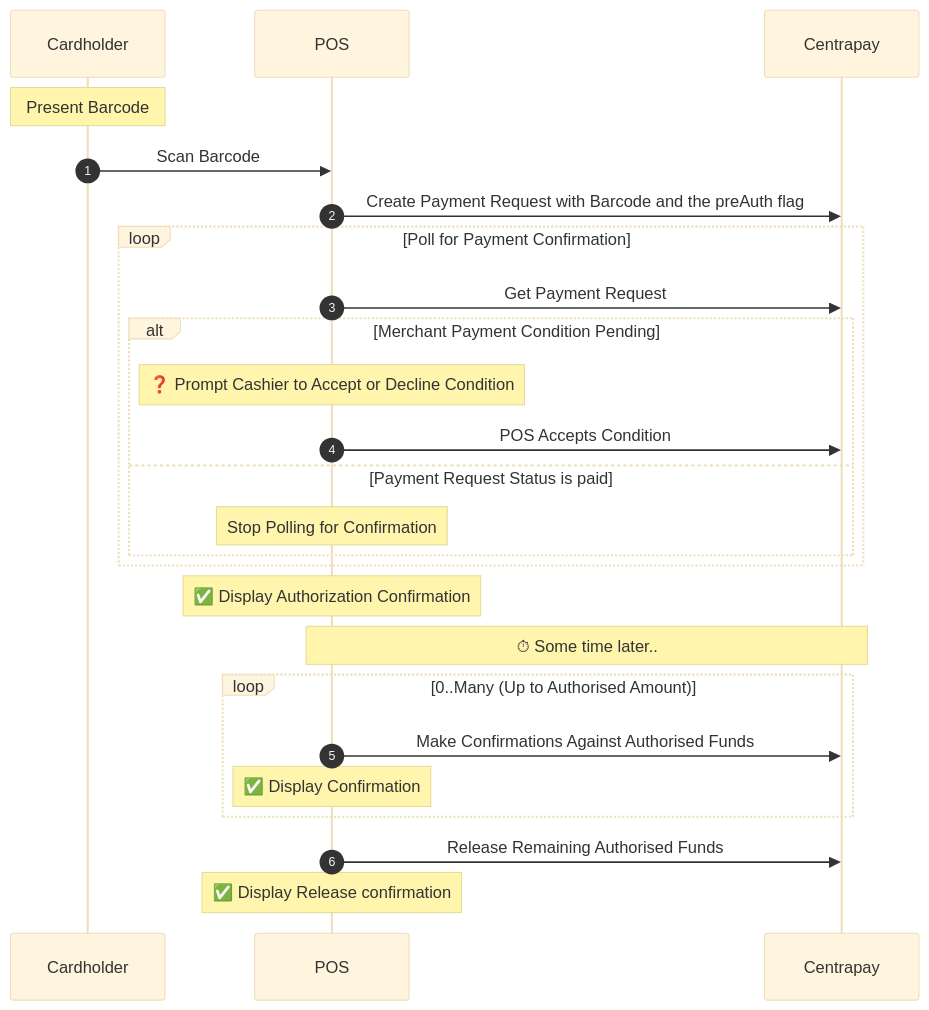
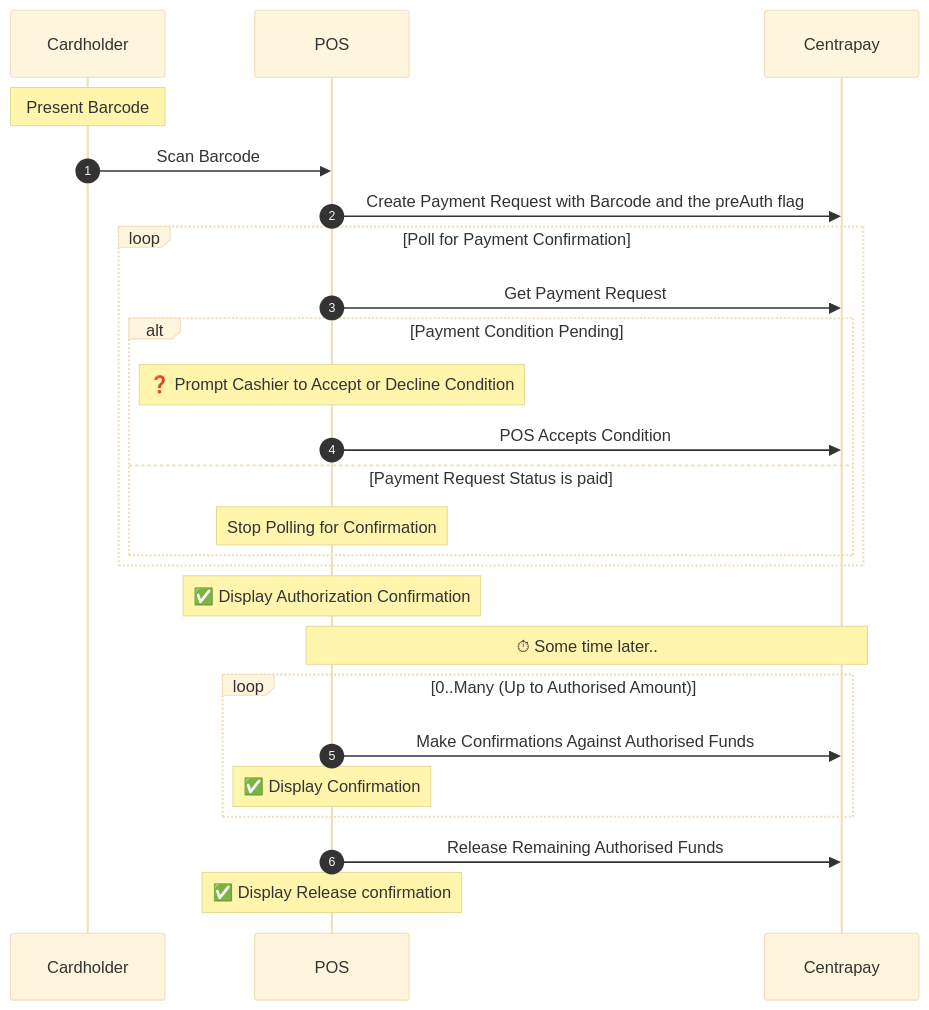
Before and after one commit to centrapay/centrapay-docs: the second of 3 diagrams in content/guides/farmlands-pos-integration.md, drawn with Mermaid (base theme). The commit also changed other lines of this file and 7 other files, not shown here.

````diff
--- a/content/guides/farmlands-pos-integration.md
+++ b/content/guides/farmlands-pos-integration.md
@@ -373,38 +373,38 @@
 ```mermaid
 sequenceDiagram
 autonumber
 
 participant Cardholder
 participant POS
 participant Centrapay
 
 Note over Cardholder: Present Barcode
 Cardholder->>POS: Scan Barcode
 
 POS->>Centrapay: Create Payment Request with Barcode and the preAuth flag
 
 loop Poll for Payment Confirmation
 	POS->>Centrapay: Get Payment Request
 
-	alt Merchant Payment Condition Pending
+	alt Payment Condition Pending
 			note over POS: ❓ Prompt Cashier to Accept or Decline Condition
 			POS->>Centrapay: POS Accepts Condition
 		else Payment Request Status is paid
 			Note over POS: Stop Polling for Confirmation
 		end
 end
 
 Note over POS: ✅ Display Authorization Confirmation
 
 Note over POS, Centrapay: ⏱ Some time later..
 
 loop 0..Many (Up to Authorised Amount)
 	POS->>Centrapay: Make Confirmations Against Authorised Funds
 
 	Note over POS: ✅ Display Confirmation
 end
 
 POS->>Centrapay: Release Remaining Authorised Funds
 Note over POS: ✅ Display Release confirmation
 
 ```
````
